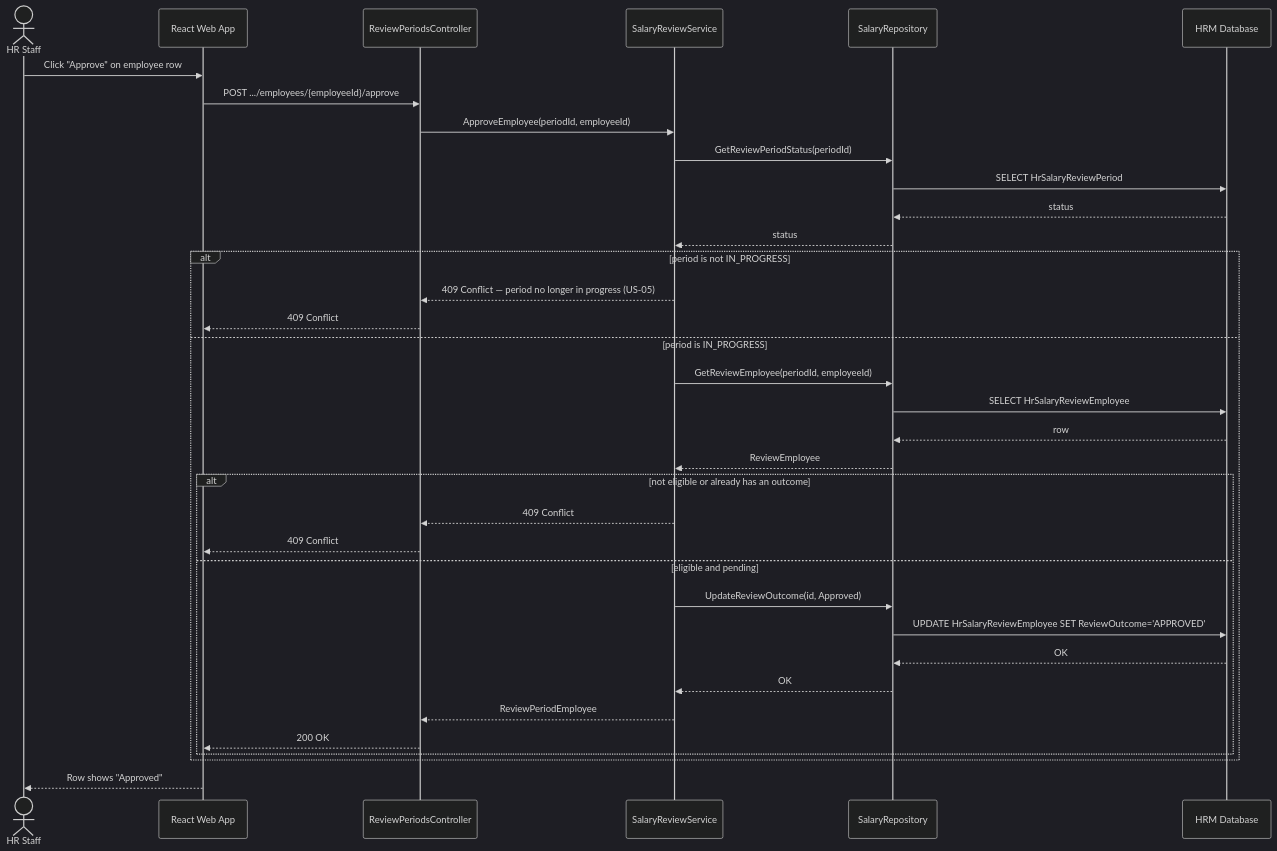
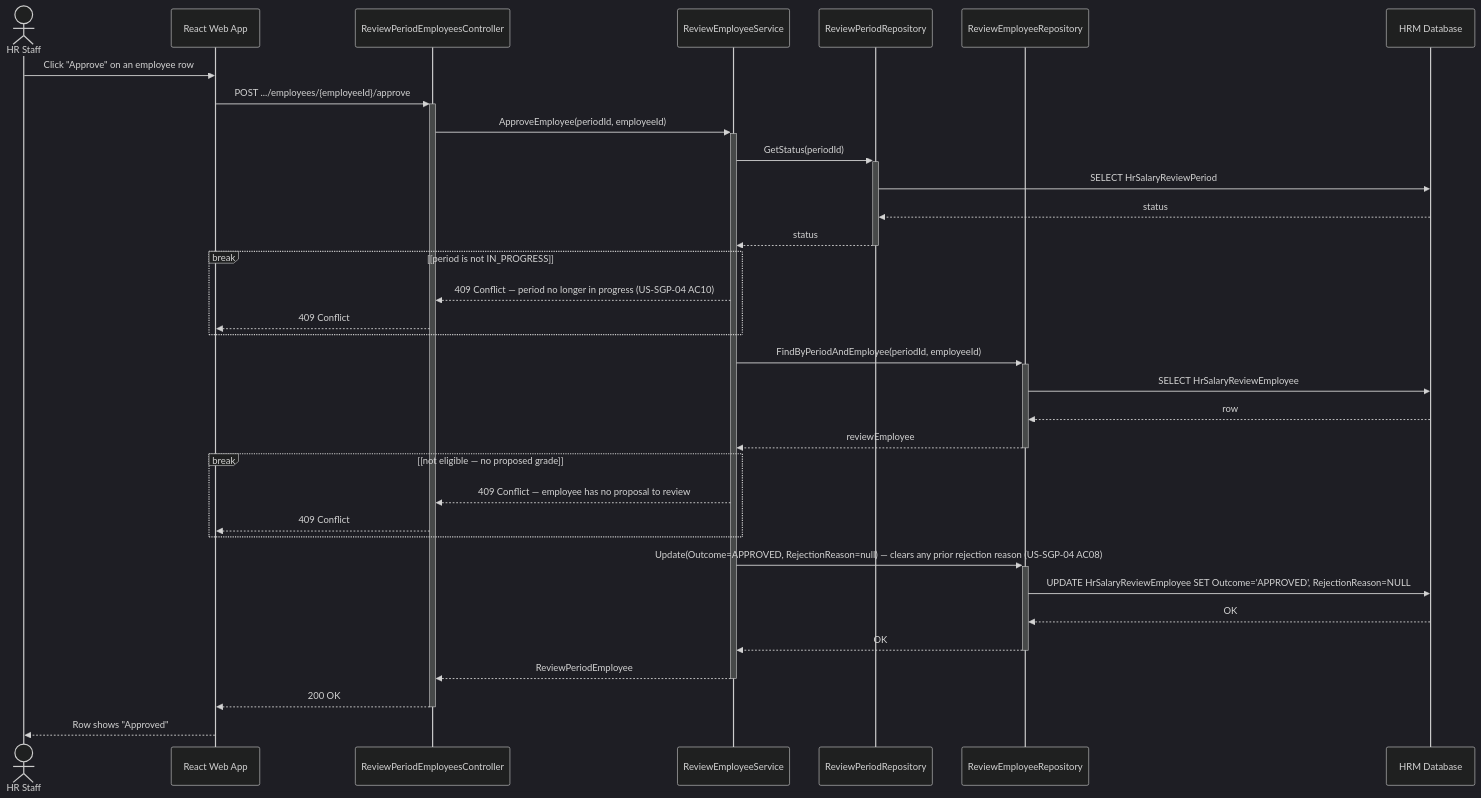
One commit to sang2197/QuanLyNhanSu-NguyenVanSang changed diagram 13 of 20 in Docs/DetailedDesign/SequenceDiagrams.md. Above: the diagram before and after it, drawn with Mermaid (dark theme). The commit also changed other lines of this file and 30 other files, not shown here.

````diff
--- a/Docs/DetailedDesign/SequenceDiagrams.md
+++ b/Docs/DetailedDesign/SequenceDiagrams.md
@@ -11,38 +554,37 @@
 ```mermaid
 sequenceDiagram
     actor HR as HR Staff
     participant FE as React Web App
-    participant API as ReviewPeriodsController
-    participant SVC as SalaryReviewService
-    participant REPO as SalaryRepository
+    participant API as ReviewPeriodEmployeesController
+    participant SVC as ReviewEmployeeService
+    participant PREPO as ReviewPeriodRepository
+    participant EREPO as ReviewEmployeeRepository
     participant DB as HRM Database
 
-    HR->>FE: Click "Approve" on employee row
-    FE->>API: POST .../employees/{employeeId}/approve
-    API->>SVC: ApproveEmployee(periodId, employeeId)
-    SVC->>REPO: GetReviewPeriodStatus(periodId)
-    REPO->>DB: SELECT HrSalaryReviewPeriod
-    DB-->>REPO: status
-    REPO-->>SVC: status
-    alt period is not IN_PROGRESS
-        SVC-->>API: 409 Conflict — period no longer in progress (US-05)
+    HR->>FE: Click "Approve" on an employee row
+    FE->>+API: POST .../employees/{employeeId}/approve
+    API->>+SVC: ApproveEmployee(periodId, employeeId)
+    SVC->>+PREPO: GetStatus(periodId)
+    PREPO->>DB: SELECT HrSalaryReviewPeriod
+    DB-->>PREPO: status
+    PREPO-->>-SVC: status
+    break [period is not IN_PROGRESS]
+        SVC-->>API: 409 Conflict — period no longer in progress (US-SGP-04 AC10)
         API-->>FE: 409 Conflict
-    else period is IN_PROGRESS
-        SVC->>REPO: GetReviewEmployee(periodId, employeeId)
-        REPO->>DB: SELECT HrSalaryReviewEmployee
-        DB-->>REPO: row
-        REPO-->>SVC: ReviewEmployee
-        alt not eligible or already has an outcome
-            SVC-->>API: 409 Conflict
-            API-->>FE: 409 Conflict
-        else eligible and pending
-            SVC->>REPO: UpdateReviewOutcome(id, Approved)
-            REPO->>DB: UPDATE HrSalaryReviewEmployee SET ReviewOutcome='APPROVED'
-            DB-->>REPO: OK
-            REPO-->>SVC: OK
-            SVC-->>API: ReviewPeriodEmployee
-            API-->>FE: 200 OK
-        end
     end
+    SVC->>+EREPO: FindByPeriodAndEmployee(periodId, employeeId)
+    EREPO->>DB: SELECT HrSalaryReviewEmployee
+    DB-->>EREPO: row
+    EREPO-->>-SVC: reviewEmployee
+    break [not eligible — no proposed grade]
+        SVC-->>API: 409 Conflict — employee has no proposal to review
+        API-->>FE: 409 Conflict
+    end
+    SVC->>+EREPO: Update(Outcome=APPROVED, RejectionReason=null) — clears any prior rejection reason (US-SGP-04 AC08)
+    EREPO->>DB: UPDATE HrSalaryReviewEmployee SET Outcome='APPROVED', RejectionReason=NULL
+    DB-->>EREPO: OK
+    EREPO-->>-SVC: OK
+    SVC-->>-API: ReviewPeriodEmployee
+    API-->>-FE: 200 OK
     FE-->>HR: Row shows "Approved"
 ```
````
